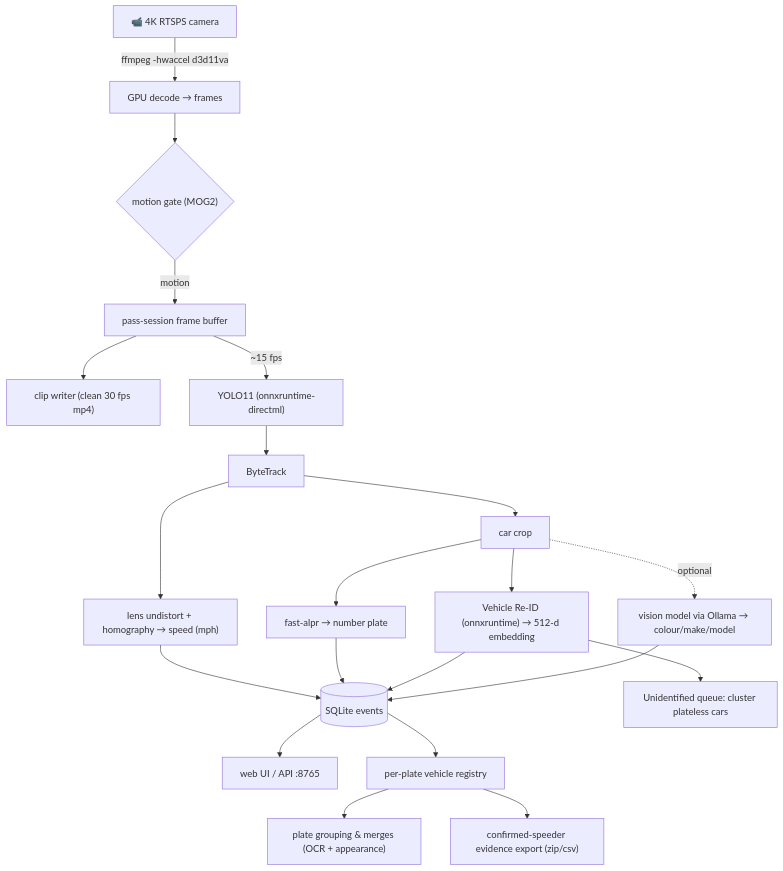
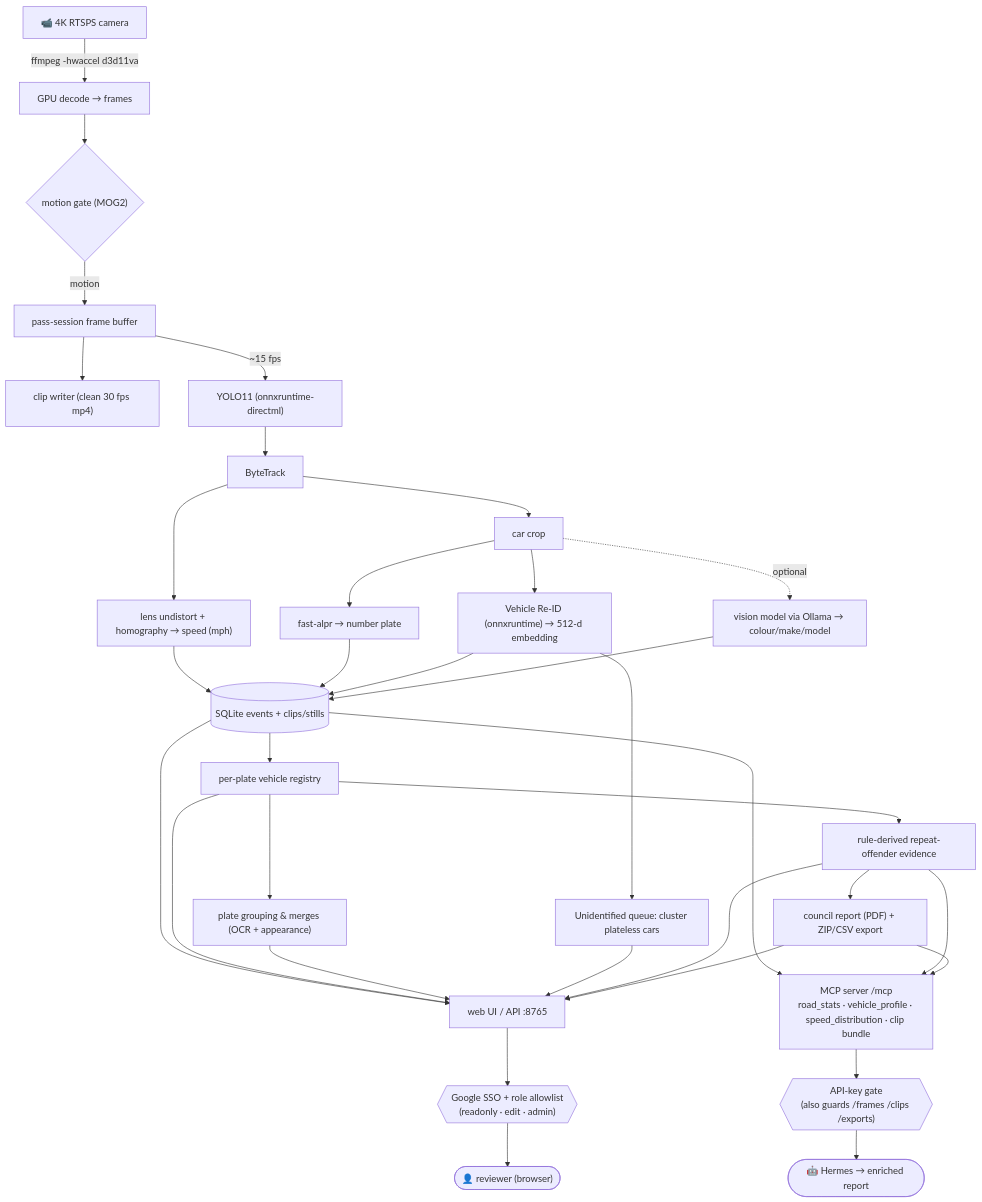
One commit to lucvan/speedwatch changed the diagram in README.md. Above: the diagram before and after it, drawn with Mermaid.

Commit message:
docs(readme): show SSO + MCP/API-key access layer and council report in the pipeline diagram

````diff
--- a/README.md
+++ b/README.md
@@ -25,25 +25,42 @@
 ```mermaid
 flowchart TD
     cam["📹 4K RTSPS camera"] -->|"ffmpeg -hwaccel d3d11va"| dec["GPU decode → frames"]
     dec --> gate{"motion gate (MOG2)"}
     gate -->|motion| buf["pass-session frame buffer"]
     buf --> clip["clip writer (clean 30 fps mp4)"]
     buf -->|"~15 fps"| yolo["YOLO11 (onnxruntime-directml)"]
     yolo --> bt["ByteTrack"]
     bt --> spd["lens undistort + homography → speed (mph)"]
     bt --> crop["car crop"]
     crop --> alpr["fast-alpr → number plate"]
     crop --> reid["Vehicle Re-ID (onnxruntime) → 512-d embedding"]
     crop -. optional .-> vis["vision model via Ollama → colour/make/model"]
 
-    spd --> db[("SQLite events")]
+    spd --> db[("SQLite events + clips/stills")]
     alpr --> db
     reid --> db
     vis --> db
-    db --> ui["web UI / API :8765"]
 
     db --> reg["per-plate vehicle registry"]
     reg --> grp["plate grouping & merges (OCR + appearance)"]
     reid --> uid["Unidentified queue: cluster plateless cars"]
-    reg --> ev["confirmed-speeder evidence export (zip/csv)"]
+    reg --> ev["rule-derived repeat-offender evidence"]
+    ev --> rpt["council report (PDF) + ZIP/CSV export"]
+
+    %% ── Web UI: humans, behind Google SSO ──
+    db --> ui["web UI / API :8765"]
+    reg --> ui
+    grp --> ui
+    uid --> ui
+    ev --> ui
+    rpt --> ui
+    ui --> sso{{"Google SSO + role allowlist<br/>(readonly · edit · admin)"}}
+    sso --> human(["👤 reviewer (browser)"])
+
+    %% ── MCP: external agent, behind API key ──
+    db --> mcp["MCP server /mcp<br/>road_stats · vehicle_profile · speed_distribution · clip bundle"]
+    ev --> mcp
+    rpt --> mcp
+    mcp --> akey{{"API-key gate<br/>(also guards /frames /clips /exports)"}}
+    akey --> agent(["🤖 Hermes → enriched report"])
 ```
````
